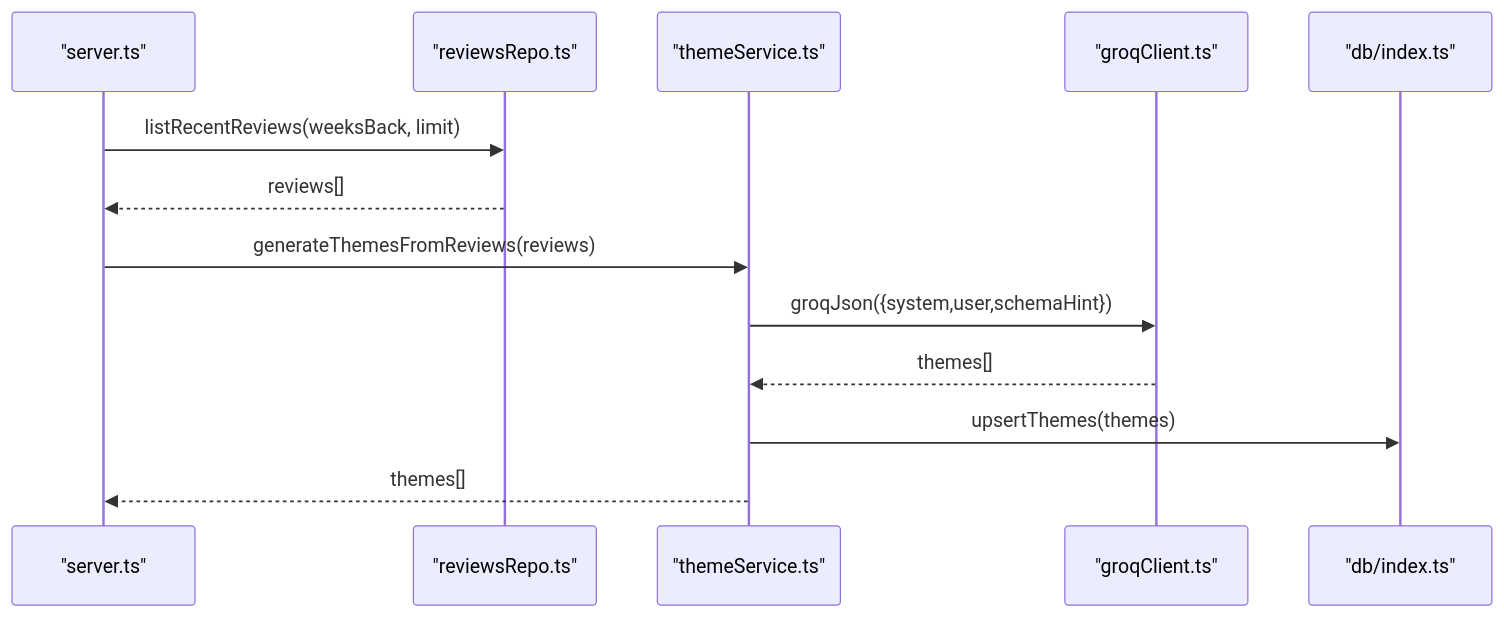
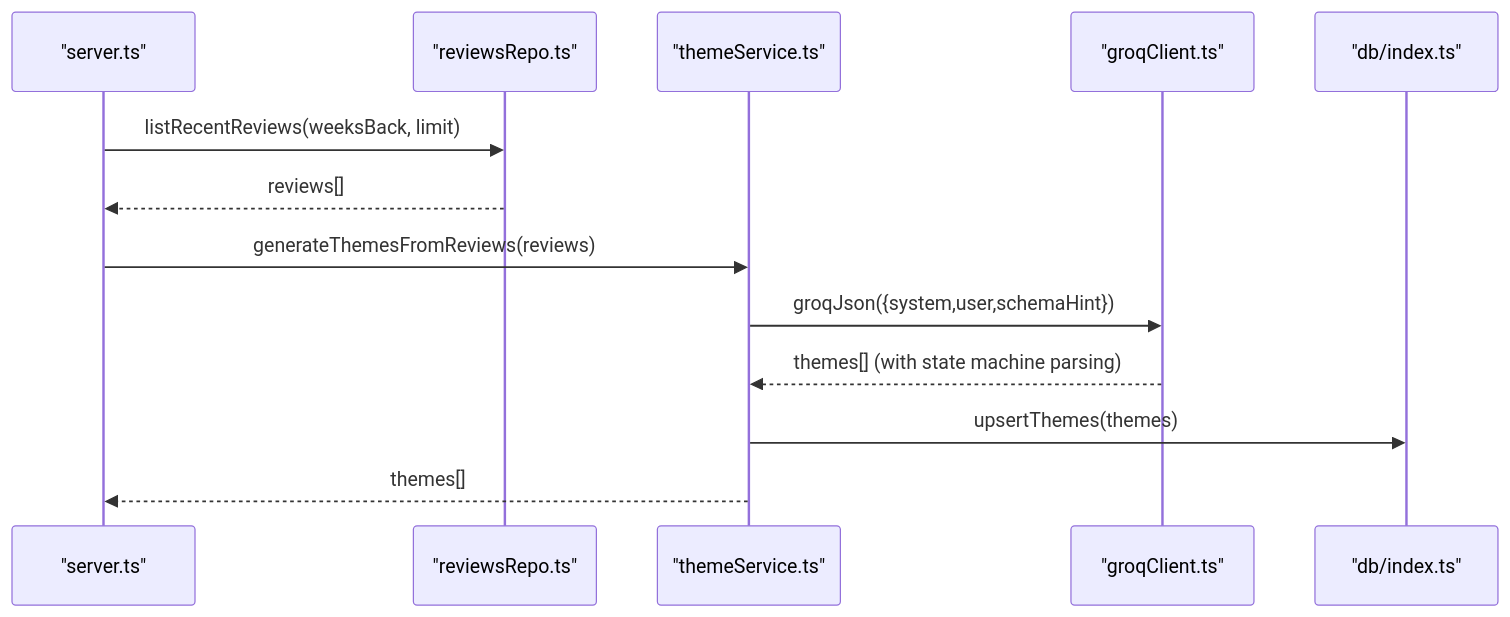
The fifth of 13 diagrams in .qoder/repowiki/en/content/Phase 2_ Advanced Analytics & Automation/Phase 2_ Advanced Analytics & Automation.md (aravinthraj-ramalingam/Groww-App-Review-Insights-Analyzer-), drawn with Mermaid before and after one commit. The commit also changed other lines of this file and 5 other files, not shown here.

````diff
--- a/.qoder/repowiki/en/content/Phase 2_ Advanced Analytics & Automation/Phase 2_ Advanced Analytics & Automation.md
+++ b/.qoder/repowiki/en/content/Phase 2_ Advanced Analytics & Automation/Phase 2_ Advanced Analytics & Automation.md
@@ -219,15 +291,15 @@
 ```mermaid
 sequenceDiagram
 participant API as "server.ts"
 participant Repo as "reviewsRepo.ts"
 participant Theme as "themeService.ts"
 participant Groq as "groqClient.ts"
 participant DB as "db/index.ts"
 API->>Repo : listRecentReviews(weeksBack, limit)
 Repo-->>API : reviews[]
 API->>Theme : generateThemesFromReviews(reviews)
 Theme->>Groq : groqJson({system,user,schemaHint})
-Groq-->>Theme : themes[]
+Groq-->>Theme : themes[] (with state machine parsing)
 Theme->>DB : upsertThemes(themes)
 Theme-->>API : themes[]
 ```
````
